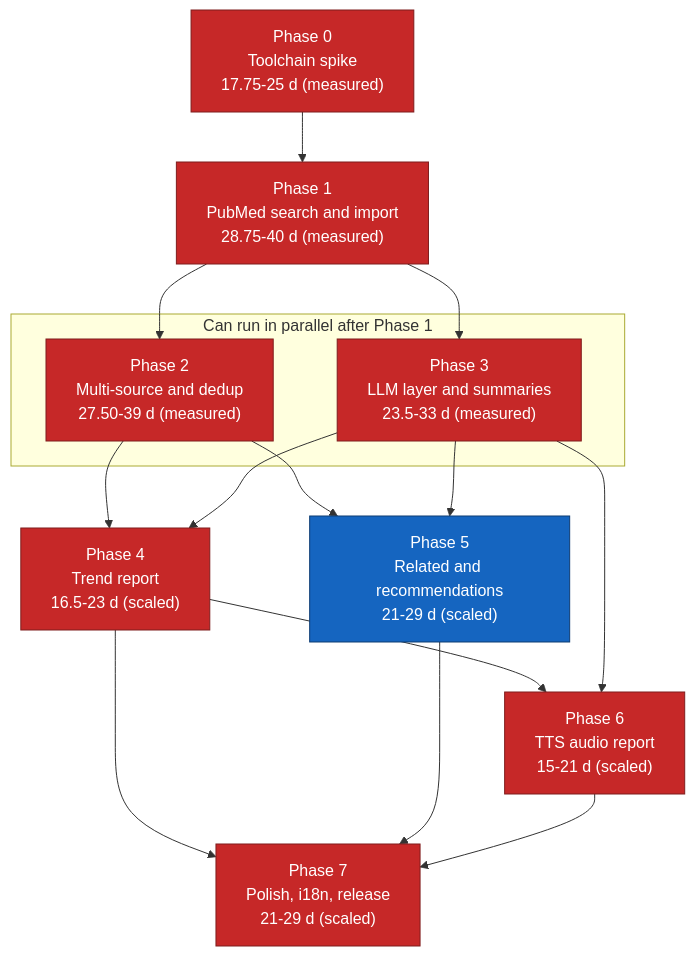
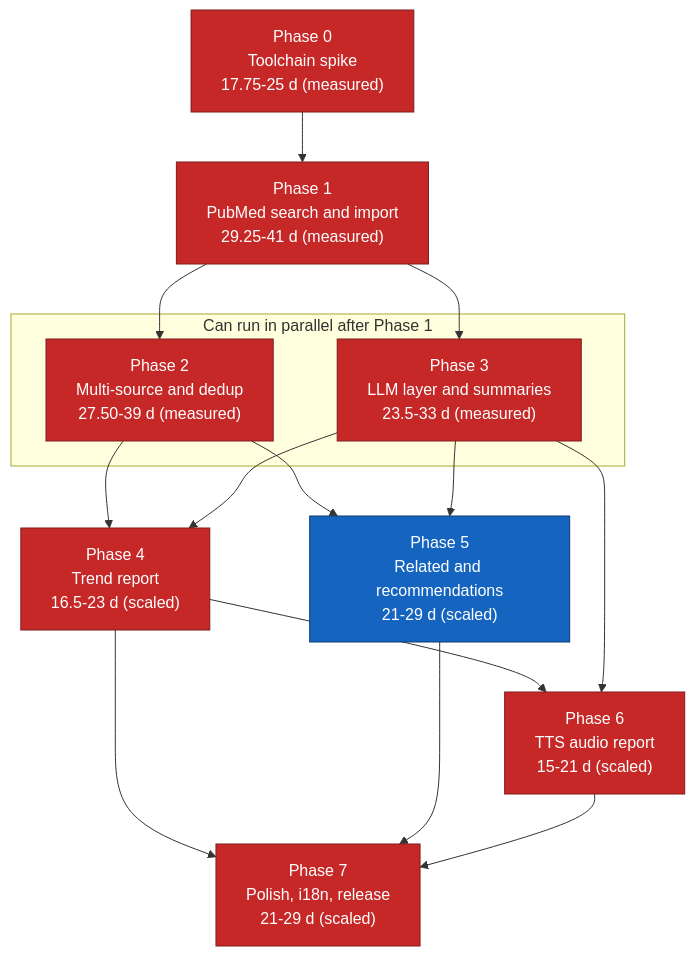
One commit to suppakoko/research_helper changed the diagram in docs/11-implementation-roadmap.md. Above: the diagram before and after it, drawn with Mermaid. The commit also changed other lines of this file and 2 other files, not shown here.

````diff
--- a/docs/11-implementation-roadmap.md
+++ b/docs/11-implementation-roadmap.md
@@ -326,34 +326,34 @@
 ```mermaid
 graph TD
     P0["Phase 0<br/>Toolchain spike<br/>17.75-25 d (measured)"]
-    P1["Phase 1<br/>PubMed search and import<br/>28.75-40 d (measured)"]
+    P1["Phase 1<br/>PubMed search and import<br/>29.25-41 d (measured)"]
     P2["Phase 2<br/>Multi-source and dedup<br/>27.50-39 d (measured)"]
     P3["Phase 3<br/>LLM layer and summaries<br/>23.5-33 d (measured)"]
     P4["Phase 4<br/>Trend report<br/>16.5-23 d (scaled)"]
     P5["Phase 5<br/>Related and recommendations<br/>21-29 d (scaled)"]
     P6["Phase 6<br/>TTS audio report<br/>15-21 d (scaled)"]
     P7["Phase 7<br/>Polish, i18n, release<br/>21-29 d (scaled)"]
 
     P0 --> P1
     P1 --> P2
     P1 --> P3
     P2 --> P4
     P3 --> P4
     P2 --> P5
     P3 --> P5
     P4 --> P6
     P3 --> P6
     P4 --> P7
     P5 --> P7
     P6 --> P7
 
     subgraph parallel["Can run in parallel after Phase 1"]
         P2
         P3
     end
 
     classDef critical fill:#c62828,stroke:#7f1d1d,color:#ffffff
     classDef normal fill:#1565c0,stroke:#0d3c73,color:#ffffff
     class P0,P1,P2,P3,P4,P6,P7 critical
     class P5 normal
 ```
````
